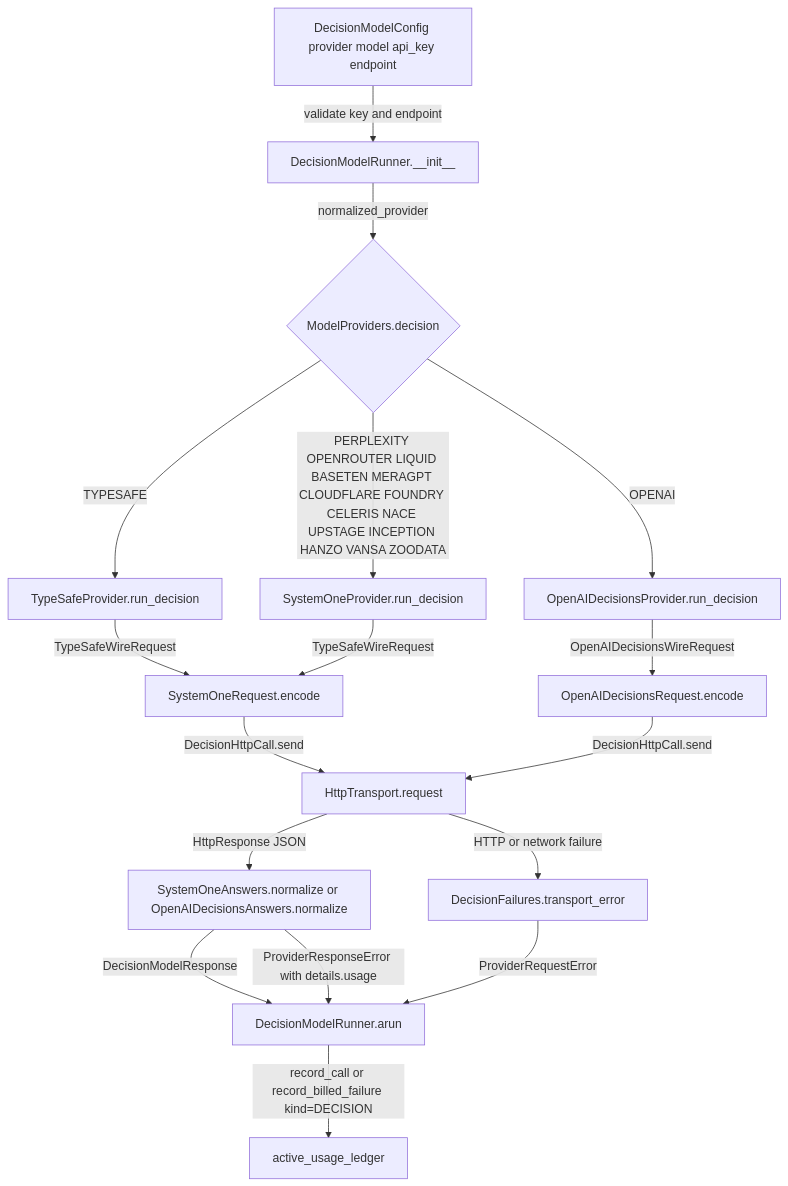
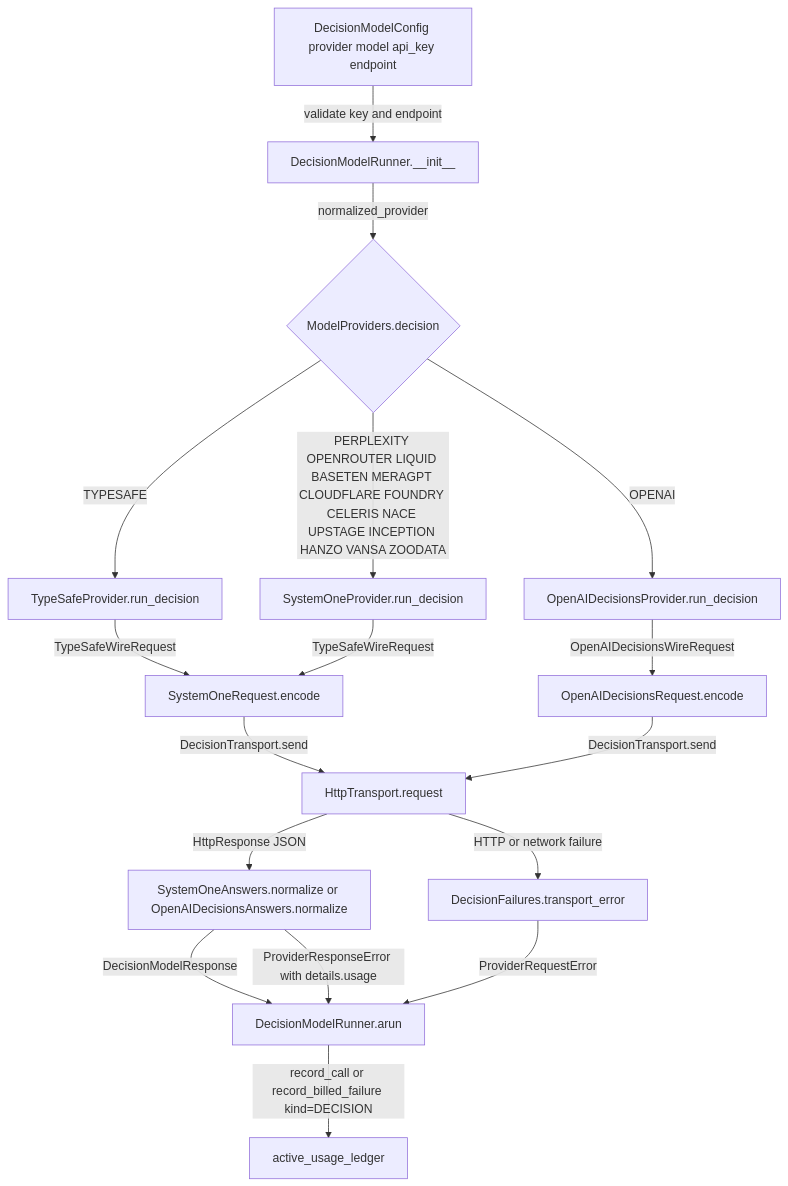
The first of 2 diagrams in docs/spec/decision-model-providers/spec.md (cerredz/Vidbyte-SDK), drawn with Mermaid before and after one commit. The commit also changed other lines of this file, not shown here.

Commit message:
docs(spec): r11 — DecisionHttpCall defined in lib/dataclasses with validation (R-2)

````diff
--- a/docs/spec/decision-model-providers/spec.md
+++ b/docs/spec/decision-model-providers/spec.md
@@ -125,19 +125,19 @@
 ```mermaid
 flowchart TD
   A[DecisionModelConfig provider model api_key endpoint] -->|validate key and endpoint| B[DecisionModelRunner.__init__]
   B -->|normalized_provider| C{ModelProviders.decision}
   C -->|TYPESAFE| D[TypeSafeProvider.run_decision]
   C -->|PERPLEXITY OPENROUTER LIQUID BASETEN MERAGPT CLOUDFLARE FOUNDRY CELERIS NACE UPSTAGE INCEPTION HANZO VANSA ZOODATA| E[SystemOneProvider.run_decision]
   C -->|OPENAI| F[OpenAIDecisionsProvider.run_decision]
   D -->|TypeSafeWireRequest| G[SystemOneRequest.encode]
   E -->|TypeSafeWireRequest| G
   F -->|OpenAIDecisionsWireRequest| H[OpenAIDecisionsRequest.encode]
-  G -->|DecisionHttpCall.send| I[HttpTransport.request]
-  H -->|DecisionHttpCall.send| I
+  G -->|DecisionTransport.send| I[HttpTransport.request]
+  H -->|DecisionTransport.send| I
   I -->|HttpResponse JSON| J[SystemOneAnswers.normalize or OpenAIDecisionsAnswers.normalize]
   I -->|HTTP or network failure| K[DecisionFailures.transport_error]
   J -->|DecisionModelResponse| L[DecisionModelRunner.arun]
   J -->|ProviderResponseError with details.usage| L
   K -->|ProviderRequestError| L
   L -->|record_call or record_billed_failure kind=DECISION| M[active_usage_ledger]
 ```
````
